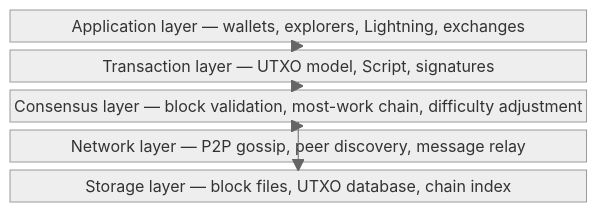
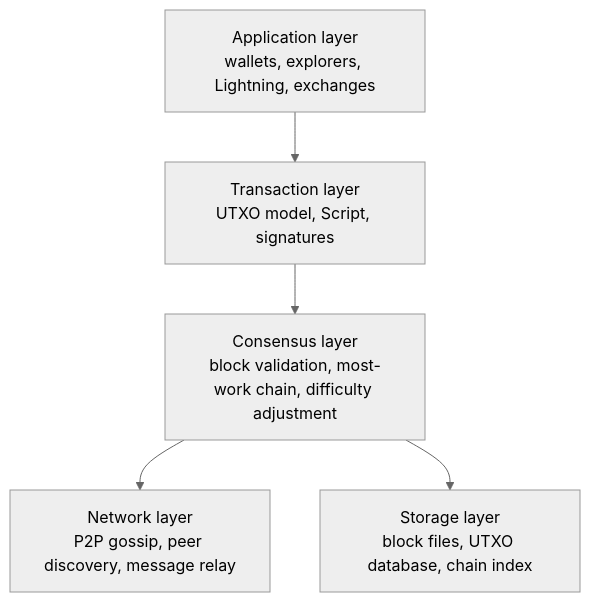
The second of 5 diagrams in src/data/entries/en/design/2009-01-03-bitcoin-system-design-overview.md (cypher256/BitcoinArchive), drawn with Mermaid (neutral theme) before and after one commit.

Commit message:
L0: fix block-beta layer diagram (arrows crushed) + update TODO
Replace block-beta with flowchart TB for the layer-stack diagram.
block-beta renders arrows as tiny collapsed marks in dark mode;
flowchart TB renders clear directional arrows at readable size.

TODO updated: all 12 EN pages marked complete with commit hashes.
Remaining: JA mirrors, L0 number alignment.

````diff
--- a/src/data/entries/en/design/2009-01-03-bitcoin-system-design-overview.md
+++ b/src/data/entries/en/design/2009-01-03-bitcoin-system-design-overview.md
@@ -109,14 +109,13 @@
 ```mermaid
-block-beta
-    columns 1
-    APP["Application layer — wallets, explorers, Lightning, exchanges"]
-    TXN["Transaction layer — UTXO model, Script, signatures"]
-    CONS["Consensus layer — block validation, most-work chain, difficulty adjustment"]
-    NET["Network layer — P2P gossip, peer discovery, message relay"]
-    STORE["Storage layer — block files, UTXO database, chain index"]
+flowchart TB
+    APP["Application layer<br/>wallets, explorers, Lightning, exchanges"]
+    TXN["Transaction layer<br/>UTXO model, Script, signatures"]
+    CONS["Consensus layer<br/>block validation, most-work chain, difficulty adjustment"]
+    NET["Network layer<br/>P2P gossip, peer discovery, message relay"]
+    STORE["Storage layer<br/>block files, UTXO database, chain index"]
 
     APP --> TXN
     TXN --> CONS
     CONS --> NET
     CONS --> STORE
 ```
````
